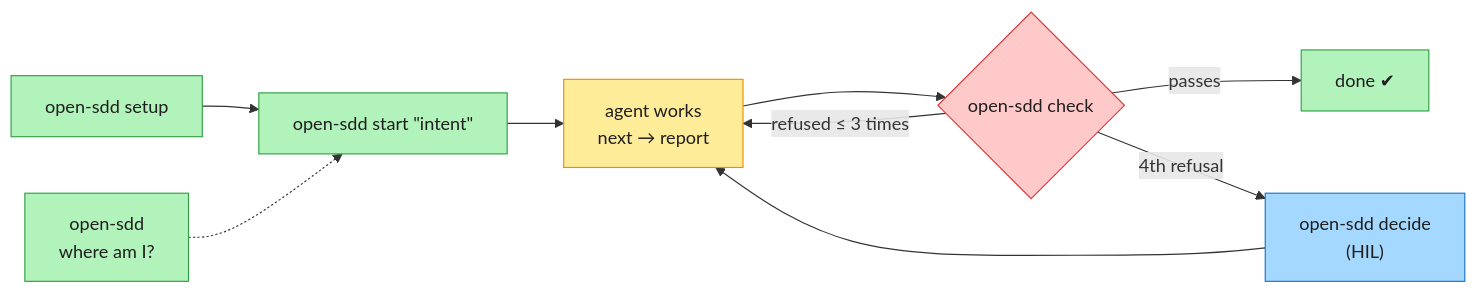
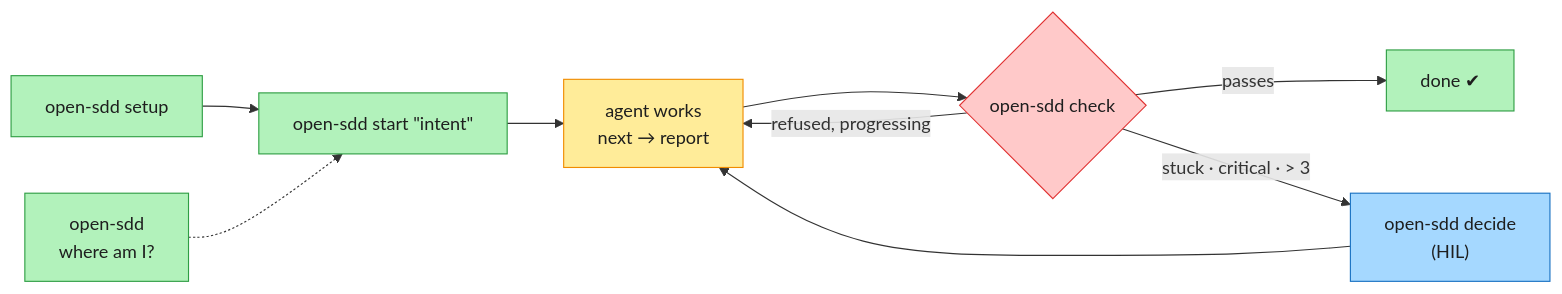
The first of 12 diagrams in README.md (Brujo2020/OpenSDD), drawn with Mermaid before and after one commit. The commit also changed other lines of this file and 58 other files, not shown here.

````diff
--- a/README.md
+++ b/README.md
@@ -26,15 +28,15 @@
 ```mermaid
 flowchart LR
   A["open-sdd setup"]:::auto --> B["open-sdd start &quot;intent&quot;"]:::auto
   B --> C["agent works<br/>next → report"]:::advisory
   C --> D{"open-sdd check"}:::block
   D -- passes --> E["done ✔"]:::auto
-  D -- refused ≤ 3 times --> C
-  D -- 4th refusal --> F["open-sdd decide<br/>(HIL)"]:::human
+  D -- refused, progressing --> C
+  D -- "stuck · critical · > 3" --> F["open-sdd decide<br/>(HIL)"]:::human
   F --> C
   G["open-sdd<br/>where am I?"]:::auto -.-> B
   classDef auto fill:#b2f2bb,stroke:#2f9e44,color:#1e1e1e
   classDef advisory fill:#ffec99,stroke:#f08c00,color:#1e1e1e
   classDef block fill:#ffc9c9,stroke:#e03131,color:#1e1e1e
   classDef human fill:#a5d8ff,stroke:#1971c2,color:#1e1e1e
 ```
````
